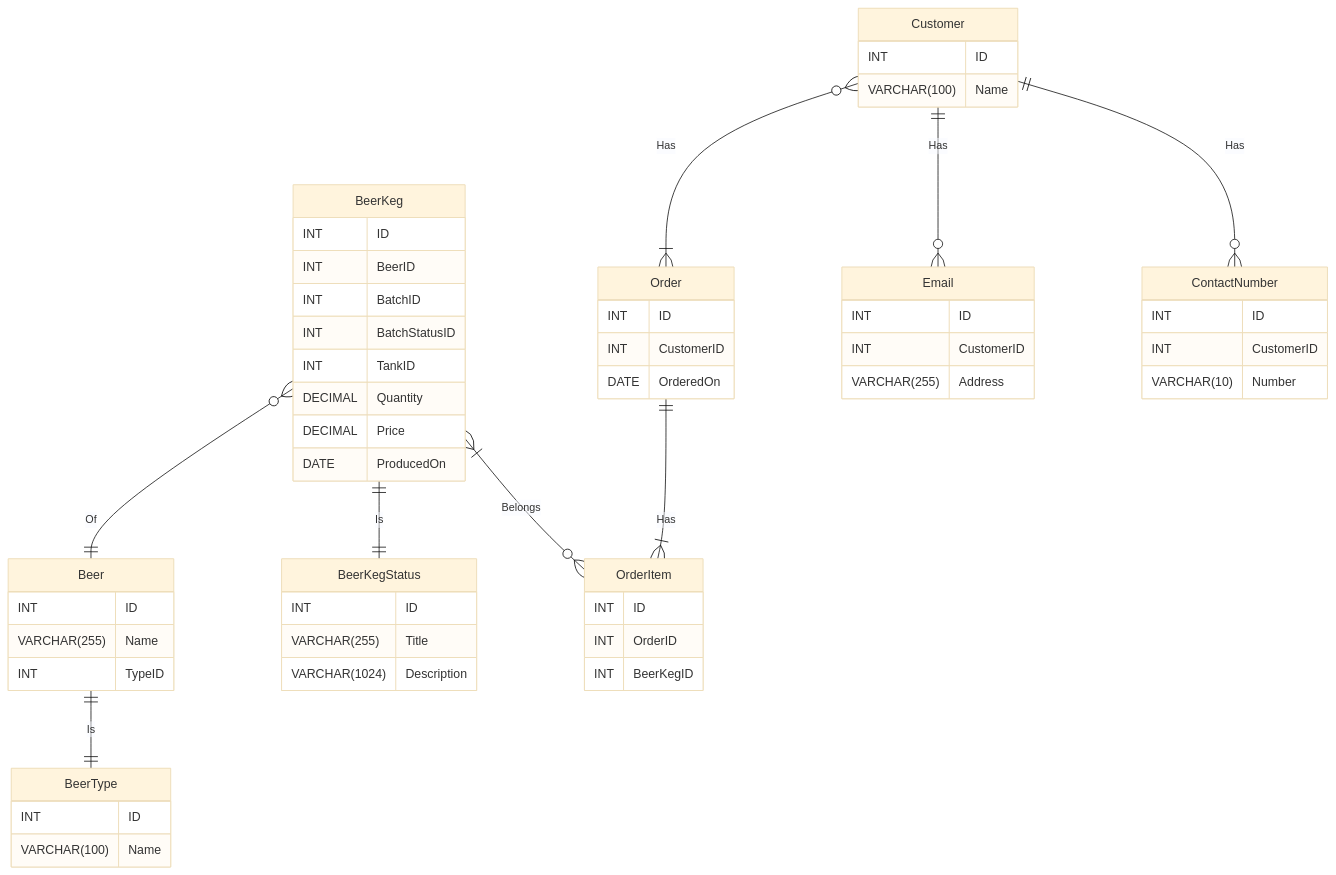
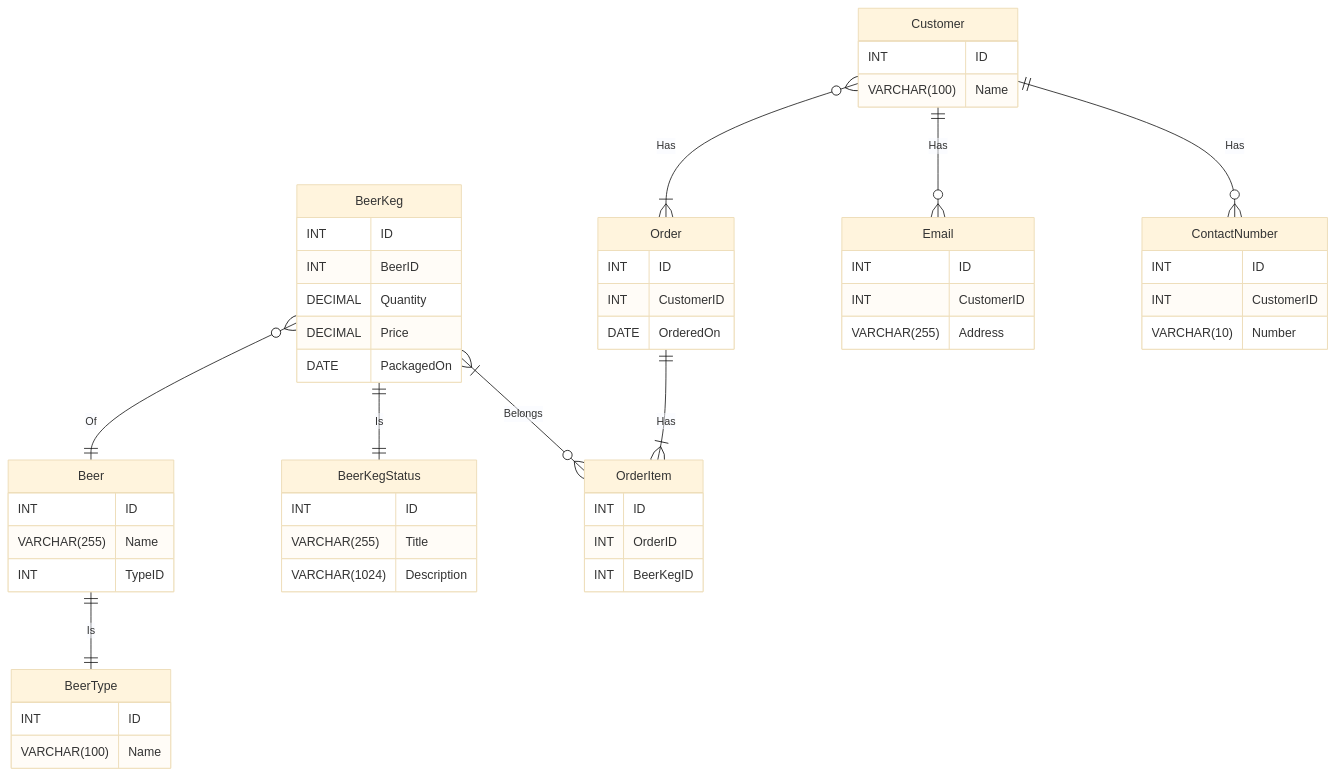
Before and after one commit to CrafDb-Team/crafdb: the first of 2 diagrams in README.md, drawn with Mermaid (base theme). The commit also changed other lines of this file, not shown here.

Commit message:
Aligned the MVP and Prod WIP Diagrams

````diff
--- a/README.md
+++ b/README.md
@@ -12,67 +12,64 @@
 ```mermaid
 erDiagram
 Beer ||--|| BeerType: Is
 Beer {
     INT ID
     VARCHAR(255) Name
     INT TypeID
 }
 
 BeerType
 BeerType {
     INT ID
     VARCHAR(100) Name
 }
 BeerKegStatus {
     INT ID
     VARCHAR(255) Title
     VARCHAR(1024) Description
 }
 BeerKeg }o--|| Beer: Of
 BeerKeg }|--o{ OrderItem: Belongs
 BeerKeg ||--|| BeerKegStatus: Is
 BeerKeg {
     INT ID
     INT BeerID
-    INT BatchID
-    INT BatchStatusID
-    INT TankID
     DECIMAL Quantity
     DECIMAL Price
-    DATE ProducedOn
+    DATE PackagedOn
 }
 
 Customer }o--|{ Order: Has
 Customer ||--o{ Email: Has
 Customer ||--o{ ContactNumber: Has
 Customer {
     INT ID
     VARCHAR(100) Name
 }
 
 Email {
     INT ID
     INT CustomerID
     VARCHAR(255) Address
 }
 
 ContactNumber {
     INT ID
     INT CustomerID
     VARCHAR(10) Number
 }
 
 Order ||--|{ OrderItem: Has
 Order {
     INT ID
     INT CustomerID
     DATE OrderedOn
 }
 
 OrderItem {
     INT ID
     INT OrderID
     INT BeerKegID
 }
 
 ```
````
